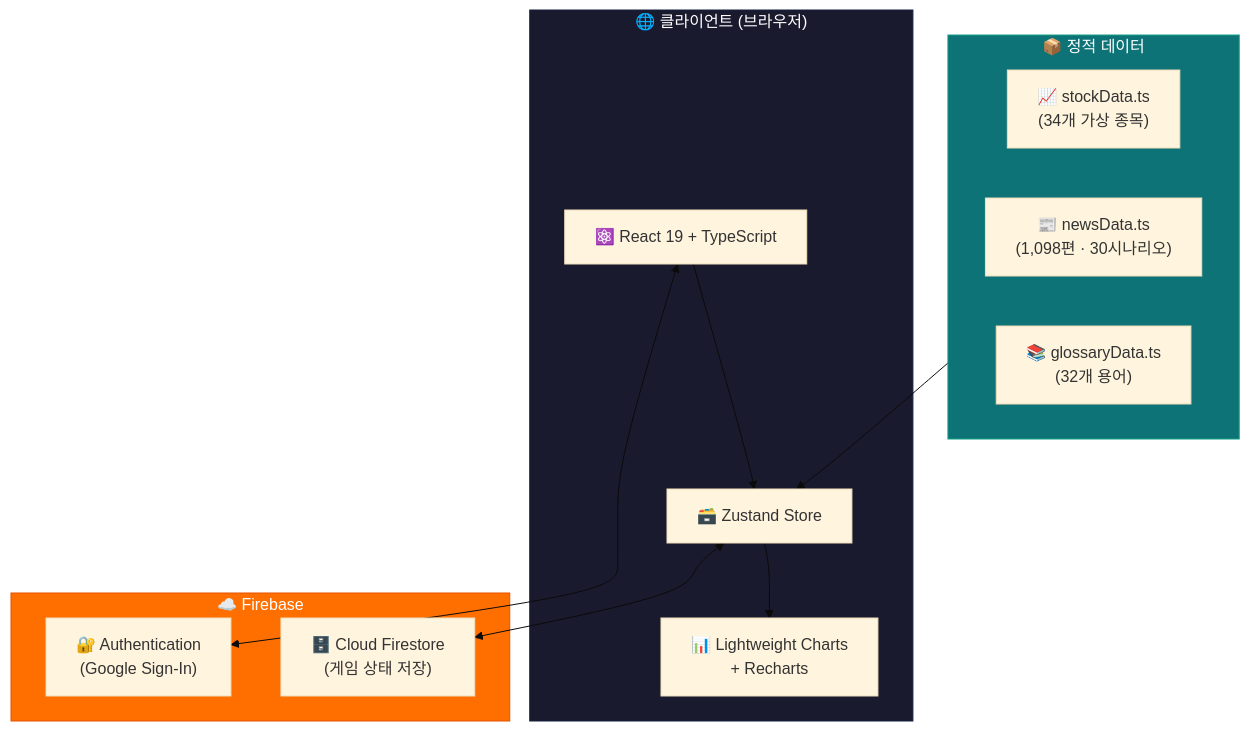
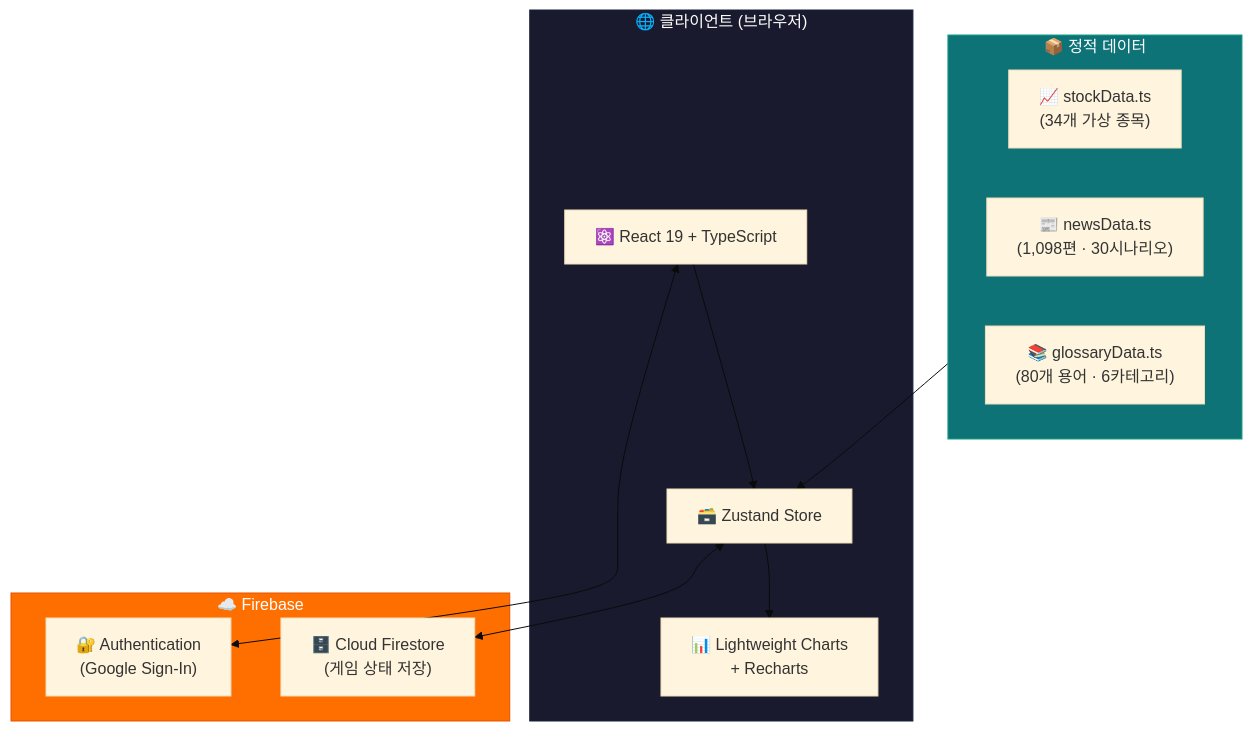
One commit to ll7098ll/stock-school changed the second of 3 diagrams in README.md. Above: the diagram before and after it, drawn with Mermaid (base theme). The commit also changed other lines of this file and 35 other files, not shown here.

````diff
--- a/README.md
+++ b/README.md
@@ -336,29 +337,29 @@
 ```mermaid
 graph TB
     subgraph Client["🌐 클라이언트 (브라우저)"]
         UI["⚛️ React 19 + TypeScript"]
         Store["🗃️ Zustand Store"]
         Charts["📊 Lightweight Charts<br/>+ Recharts"]
         UI --> Store
         Store --> Charts
     end
 
     subgraph Firebase["☁️ Firebase"]
         Auth["🔐 Authentication<br/>(Google Sign-In)"]
         DB["🗄️ Cloud Firestore<br/>(게임 상태 저장)"]
     end
 
     subgraph Data["📦 정적 데이터"]
         Stocks["📈 stockData.ts<br/>(34개 가상 종목)"]
         News["📰 newsData.ts<br/>(1,098편 · 30시나리오)"]
-        Glossary["📚 glossaryData.ts<br/>(32개 용어)"]
+        Glossary["📚 glossaryData.ts<br/>(80개 용어 · 6카테고리)"]
     end
 
     UI <--> Auth
     Store <--> DB
     Data --> Store
 
     style Client fill:#1a1a2e,stroke:#16213e,color:#fff
     style Firebase fill:#ff6f00,stroke:#e65100,color:#fff
     style Data fill:#0d7377,stroke:#14a085,color:#fff
 ```
````
